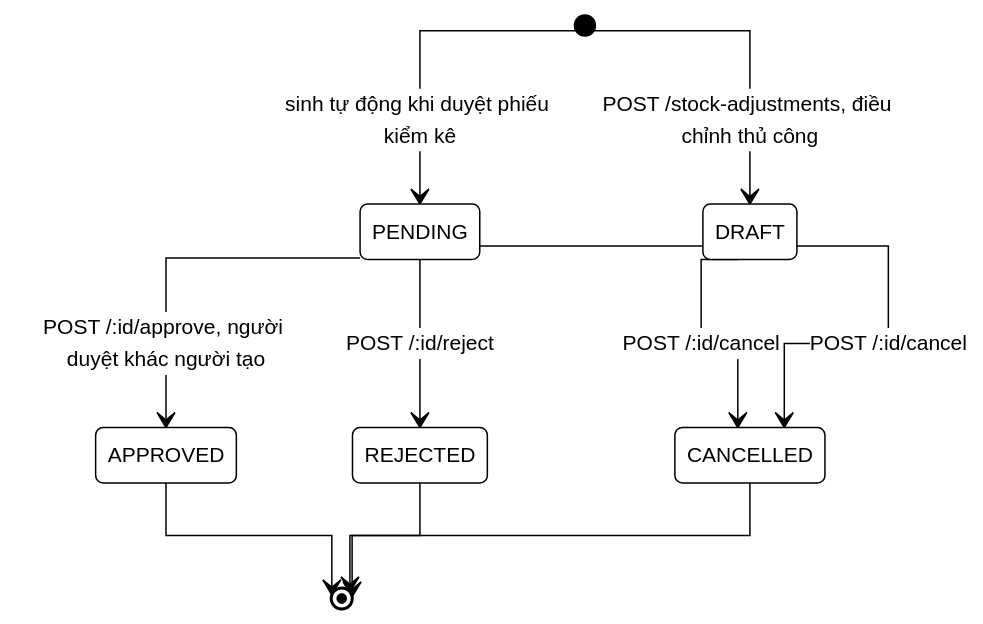
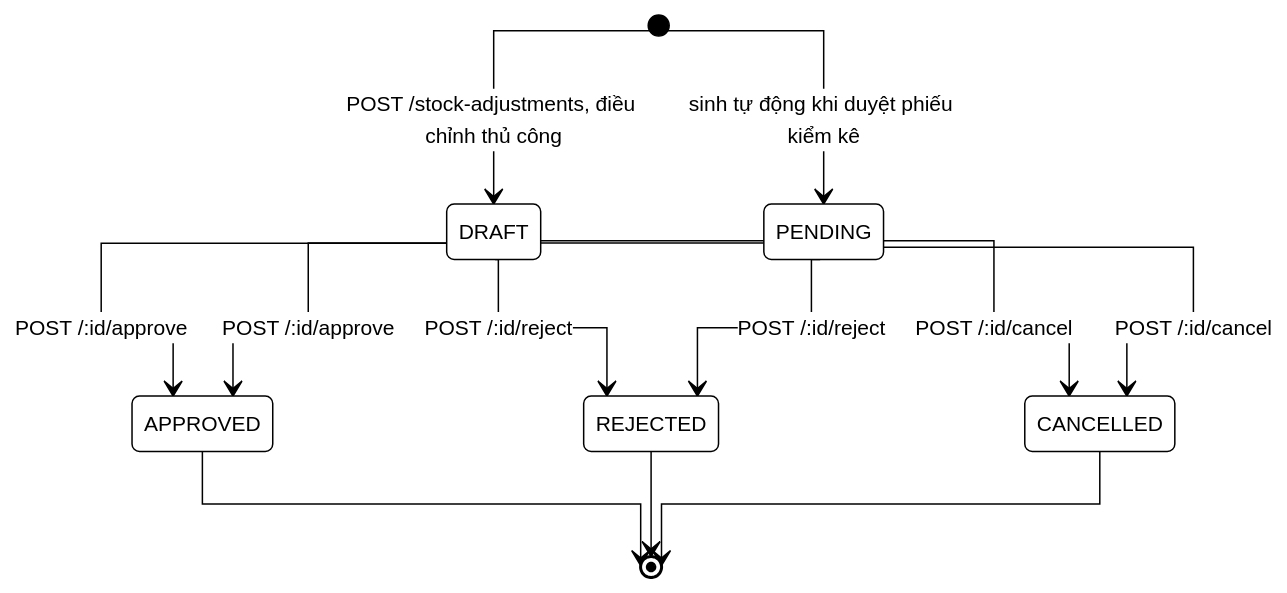
One commit to nguyenthihongnhu-dotcom/luanvan2026 changed the diagram in docs/diagrams/06_2-4-1_5-quy-trinh-dieu-chinh-ton-stock-adjustment_state.mmd. Above: the diagram before and after it, drawn with Mermaid. The commit also changed 22 other files, not shown here.

```diff
--- a/docs/diagrams/06_2-4-1_5-quy-trinh-dieu-chinh-ton-stock-adjustment_state.mmd
+++ b/docs/diagrams/06_2-4-1_5-quy-trinh-dieu-chinh-ton-stock-adjustment_state.mmd
@@ -1,35 +1,37 @@
 %%{init: {
   'theme': 'base',
   'themeVariables': {
     'primaryColor': '#ffffff',
     'primaryBorderColor': '#000000',
     'primaryTextColor': '#000000',
     'secondaryColor': '#ffffff',
     'secondaryBorderColor': '#000000',
     'secondaryTextColor': '#000000',
     'tertiaryColor': '#ffffff',
     'tertiaryBorderColor': '#000000',
     'tertiaryTextColor': '#000000',
     'lineColor': '#000000',
     'textColor': '#000000',
     'mainBkg': '#ffffff',
     'nodeBorder': '#000000',
     'clusterBkg': '#ffffff',
     'clusterBorder': '#000000',
     'edgeLabelBackground': '#ffffff',
     'fontSize': '14px',
     'labelBackgroundColor': '#ffffff'
   },
   'flowchart': { 'curve': 'stepAfter', 'nodeSpacing': 60, 'rankSpacing': 70, 'padding': 12 },
   'state': { 'padding': 12, 'useMaxWidth': false }
 }}%%
 stateDiagram-v2
     [*] --> DRAFT: POST /stock-adjustments, điều chỉnh thủ công
     [*] --> PENDING: sinh tự động khi duyệt phiếu kiểm kê
+    DRAFT --> APPROVED: POST /:id/approve
+    DRAFT --> REJECTED: POST /:id/reject
     DRAFT --> CANCELLED: POST /:id/cancel
-    PENDING --> APPROVED: POST /:id/approve, người duyệt khác người tạo
+    PENDING --> APPROVED: POST /:id/approve
     PENDING --> REJECTED: POST /:id/reject
     PENDING --> CANCELLED: POST /:id/cancel
     APPROVED --> [*]
     REJECTED --> [*]
     CANCELLED --> [*]
```
